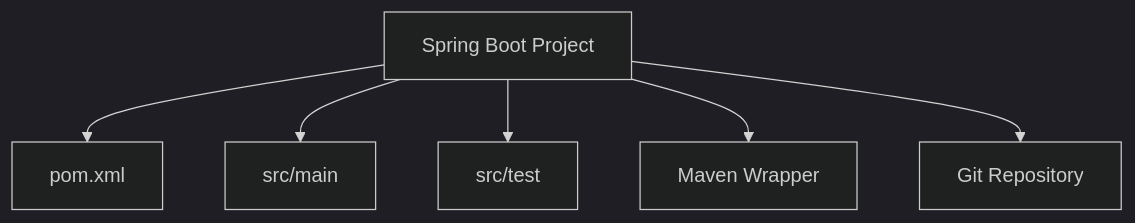
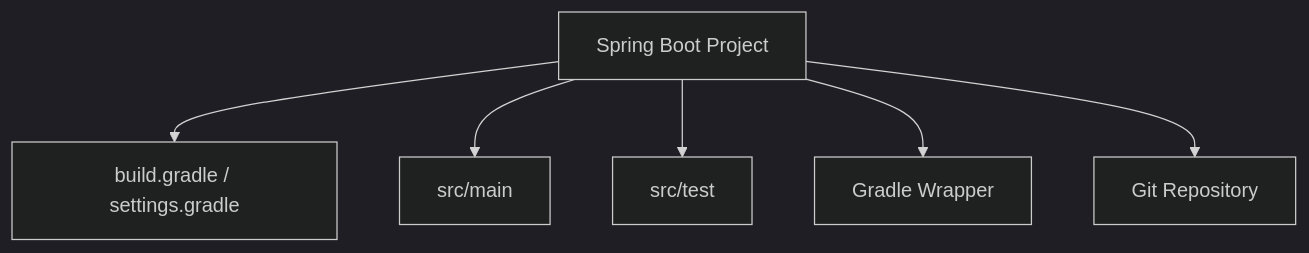
One commit to Team-Microserver/microserver-docs changed the second of 2 diagrams in docs/01_project_start/03_project_creation/spring_boot_project_create.md. Above: the diagram before and after it, drawn with Mermaid (dark theme). The commit also changed other lines of this file and 30 other files, not shown here.

````diff
--- a/docs/01_project_start/03_project_creation/spring_boot_project_create.md
+++ b/docs/01_project_start/03_project_creation/spring_boot_project_create.md
@@ -773,9 +793,9 @@
 ```mermaid
 flowchart TB
     P[Spring Boot Project]
-    P --> POM[pom.xml]
+    P --> BUILD[build.gradle / settings.gradle]
     P --> SRC[src/main]
     P --> TEST[src/test]
-    P --> WRAPPER[Maven Wrapper]
+    P --> WRAPPER[Gradle Wrapper]
     P --> GIT[Git Repository]
 ```
````
